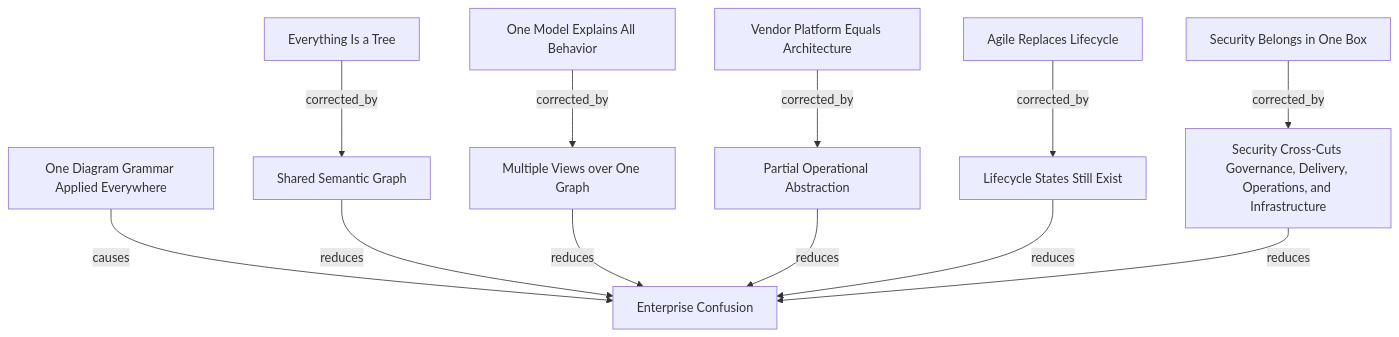
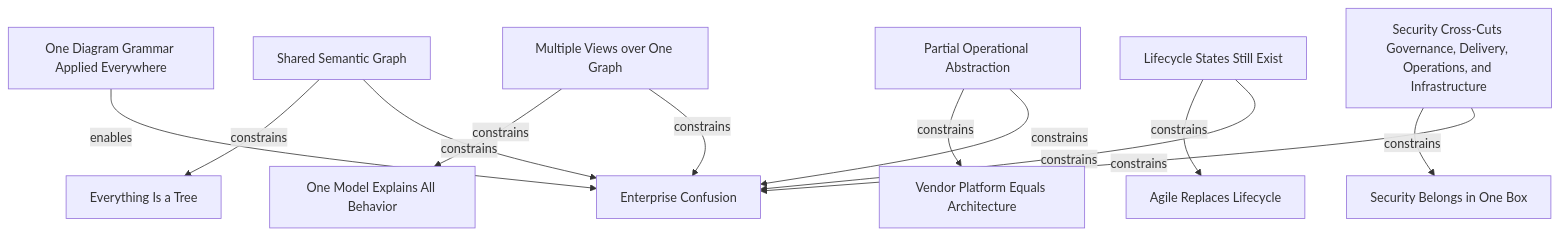
The diagram in research/12-misconceptions/common-misconceptions.md (Luckden/Toolerp), drawn with Mermaid before and after one commit. The commit also changed 15 other files, not shown here.

````diff
--- a/research/12-misconceptions/common-misconceptions.md
+++ b/research/12-misconceptions/common-misconceptions.md
@@ -39,27 +39,27 @@
 ```mermaid
 flowchart TD
 	one_diagram_grammar[One Diagram Grammar Applied Everywhere]
 	enterprise_confusion[Enterprise Confusion]
 	everything_tree[Everything Is a Tree]
 	shared_graph[Shared Semantic Graph]
 	one_model[One Model Explains All Behavior]
 	multiple_views[Multiple Views over One Graph]
 	vendor_equals_architecture[Vendor Platform Equals Architecture]
 	partial_abstraction[Partial Operational Abstraction]
 	agile_replaces_lifecycle[Agile Replaces Lifecycle]
 	lifecycle_states[Lifecycle States Still Exist]
 	security_one_box[Security Belongs in One Box]
 	security_cross_cutting[Security Cross-Cuts Governance, Delivery, Operations, and Infrastructure]
 
-	one_diagram_grammar -->|causes| enterprise_confusion
-	everything_tree -->|corrected_by| shared_graph
-	one_model -->|corrected_by| multiple_views
-	vendor_equals_architecture -->|corrected_by| partial_abstraction
-	agile_replaces_lifecycle -->|corrected_by| lifecycle_states
-	security_one_box -->|corrected_by| security_cross_cutting
-	shared_graph -->|reduces| enterprise_confusion
-	multiple_views -->|reduces| enterprise_confusion
-	partial_abstraction -->|reduces| enterprise_confusion
-	lifecycle_states -->|reduces| enterprise_confusion
-	security_cross_cutting -->|reduces| enterprise_confusion
+	one_diagram_grammar -->|enables| enterprise_confusion
+	shared_graph -->|constrains| everything_tree
+	multiple_views -->|constrains| one_model
+	partial_abstraction -->|constrains| vendor_equals_architecture
+	lifecycle_states -->|constrains| agile_replaces_lifecycle
+	security_cross_cutting -->|constrains| security_one_box
+	shared_graph -->|constrains| enterprise_confusion
+	multiple_views -->|constrains| enterprise_confusion
+	partial_abstraction -->|constrains| enterprise_confusion
+	lifecycle_states -->|constrains| enterprise_confusion
+	security_cross_cutting -->|constrains| enterprise_confusion
 ```
````
